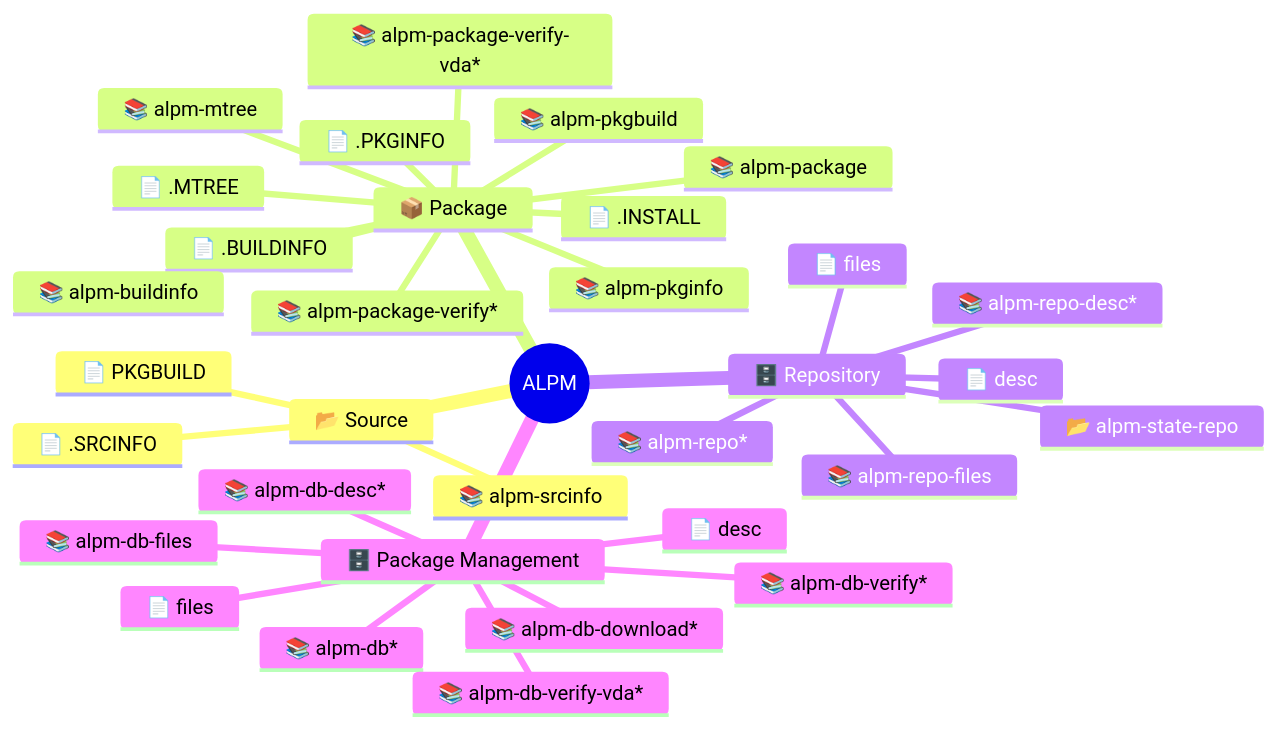
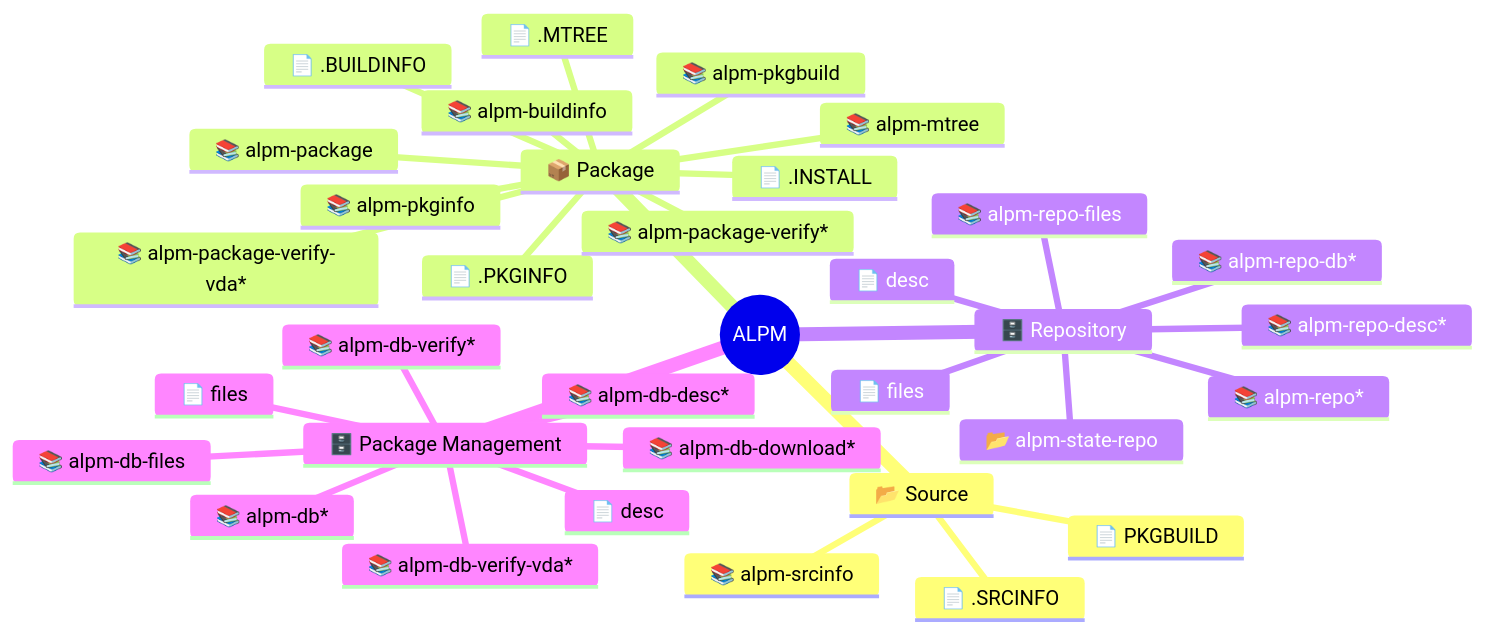
Before and after one commit to archlinux/alpm: the diagram in README.md, drawn with Mermaid.

Commit message:
docs(README): Add `alpm-repo-db` to mindmap

````diff
--- a/README.md
+++ b/README.md
@@ -23,36 +23,37 @@
 ```mermaid
 mindmap
   root((ALPM))
     📂 Source
       📄 PKGBUILD
       📄 .SRCINFO
       📚️ alpm-srcinfo
     📦 Package
       📄 .BUILDINFO
       📄 .PKGINFO
       📄 .INSTALL
       📄 .MTREE
       📚️ alpm-buildinfo
       📚️ alpm-pkgbuild
       📚️ alpm-pkginfo
       📚️ alpm-mtree
       📚️ alpm-package
       📚️ alpm-package-verify*
       📚️ alpm-package-verify-vda*
     🗄️ Repository
       📄 desc
       📄 files
       📚️ alpm-repo*
+      📚️ alpm-repo-db*
       📚️ alpm-repo-desc*
       📚️ alpm-repo-files
       📂 alpm-state-repo
     🗄️ Package Management
       📄 desc
       📄 files
       📚️ alpm-db*
       📚️ alpm-db-desc*
       📚️ alpm-db-download*
       📚️ alpm-db-files
       📚️ alpm-db-verify*
       📚️ alpm-db-verify-vda*
 ```
````
